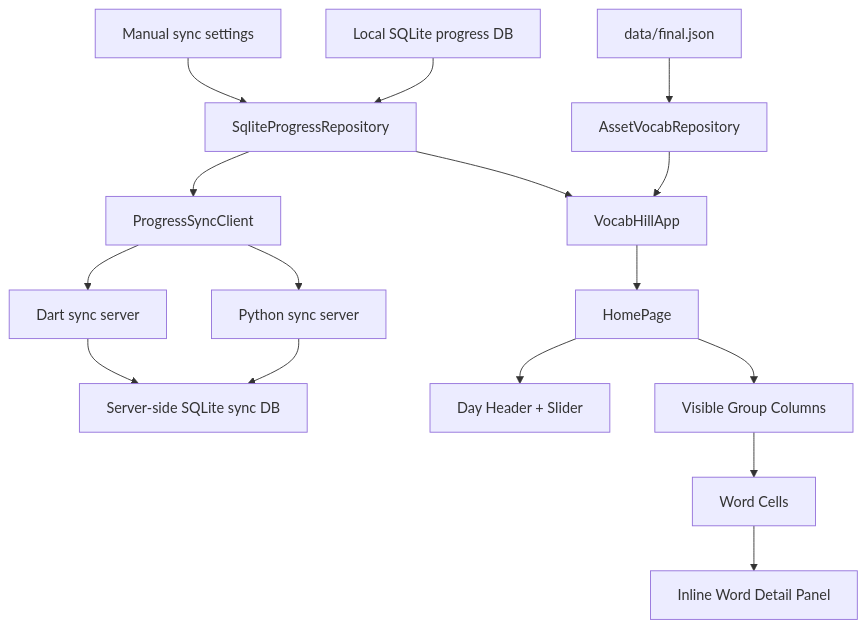
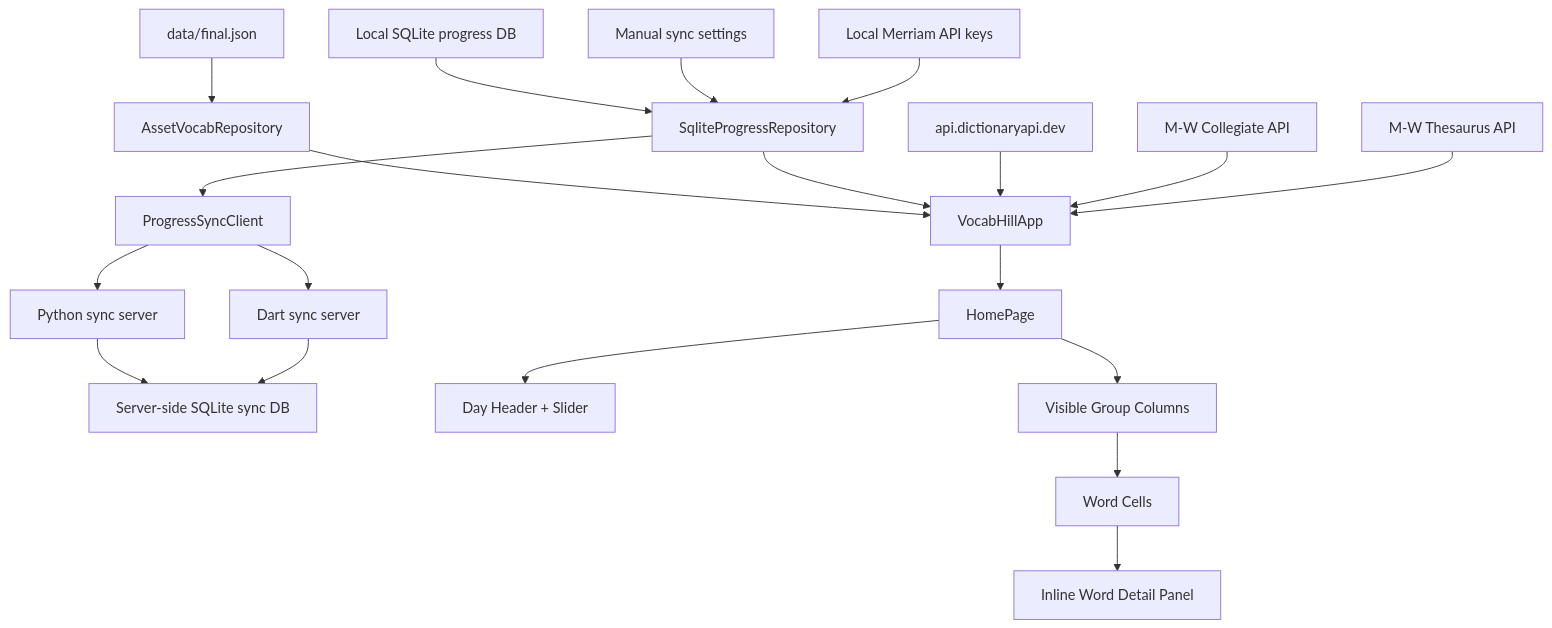
The diagram in docs/2-architecture/README.md (desertSniper87/vocab-hill), drawn with Mermaid before and after one commit. The commit also changed other lines of this file and 16 other files, not shown here.

````diff
--- a/docs/2-architecture/README.md
+++ b/docs/2-architecture/README.md
@@ -11,18 +11,22 @@
 ```mermaid
 flowchart TD
     A["data/final.json"] --> B["AssetVocabRepository"]
     P["Local SQLite progress DB"] --> Q["SqliteProgressRepository"]
     R["Manual sync settings"] --> Q
+    W["Local Merriam API keys"] --> Q
     S["Python sync server"] --> T["Server-side SQLite sync DB"]
     V["Dart sync server"] --> T
     Q --> U["ProgressSyncClient"]
     U --> S
     U --> V
     B --> C["VocabHillApp"]
     Q --> C
+    X["api.dictionaryapi.dev"] --> C
+    Y["M-W Collegiate API"] --> C
+    Z["M-W Thesaurus API"] --> C
     C --> D["HomePage"]
     D --> E["Day Header + Slider"]
     D --> F["Visible Group Columns"]
     F --> G["Word Cells"]
     G --> H["Inline Word Detail Panel"]
 ```
````
